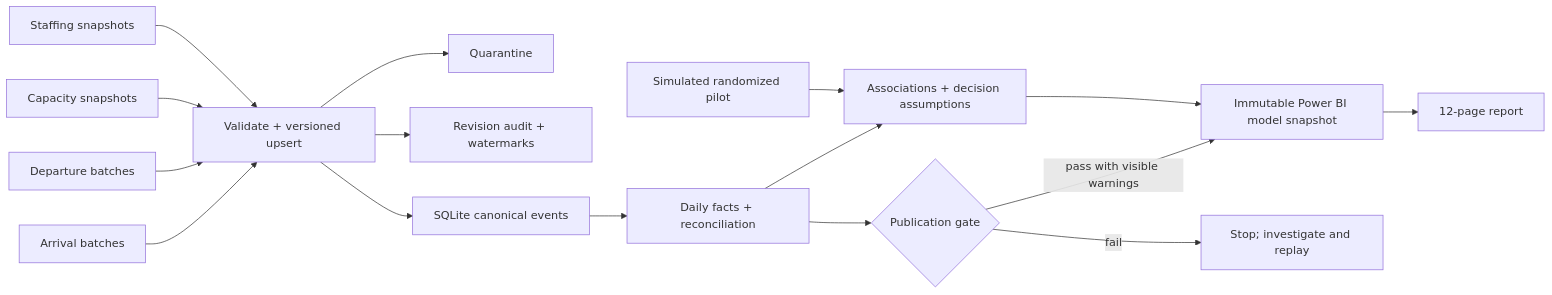
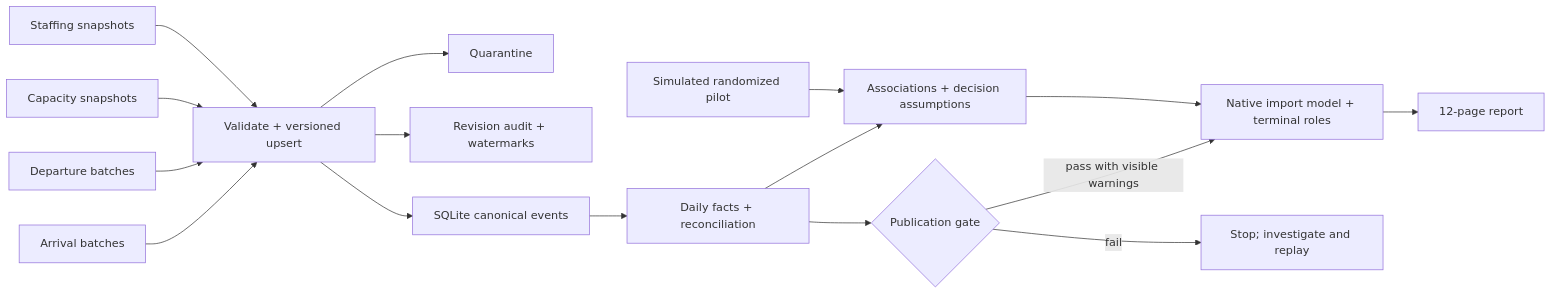
One commit to phlppgdfry/harbor-pulse changed the diagram in README.md. Above: the diagram before and after it, drawn with Mermaid. The commit also changed other lines of this file and 120 other files, not shown here.

Commit message:
Capture real Power BI pages and deploy native roles and monitored refresh

````diff
--- a/README.md
+++ b/README.md
@@ -53,18 +53,18 @@
 ```mermaid
 flowchart LR
   A[Arrival batches] --> I[Validate + versioned upsert]
   D[Departure batches] --> I
   C[Capacity snapshots] --> I
   S[Staffing snapshots] --> I
   I --> Q[Quarantine]
   I --> L[Revision audit + watermarks]
   I --> W[SQLite canonical events]
   W --> F[Daily facts + reconciliation]
   F --> G{Publication gate}
-  G -->|pass with visible warnings| M[Immutable Power BI model snapshot]
+  G -->|pass with visible warnings| M[Native import model + terminal roles]
   M --> R[12-page report]
   F --> E[Associations + decision assumptions]
   P[Simulated randomized pilot] --> E
   E --> M
   G -->|fail| B[Stop; investigate and replay]
 ```
````
